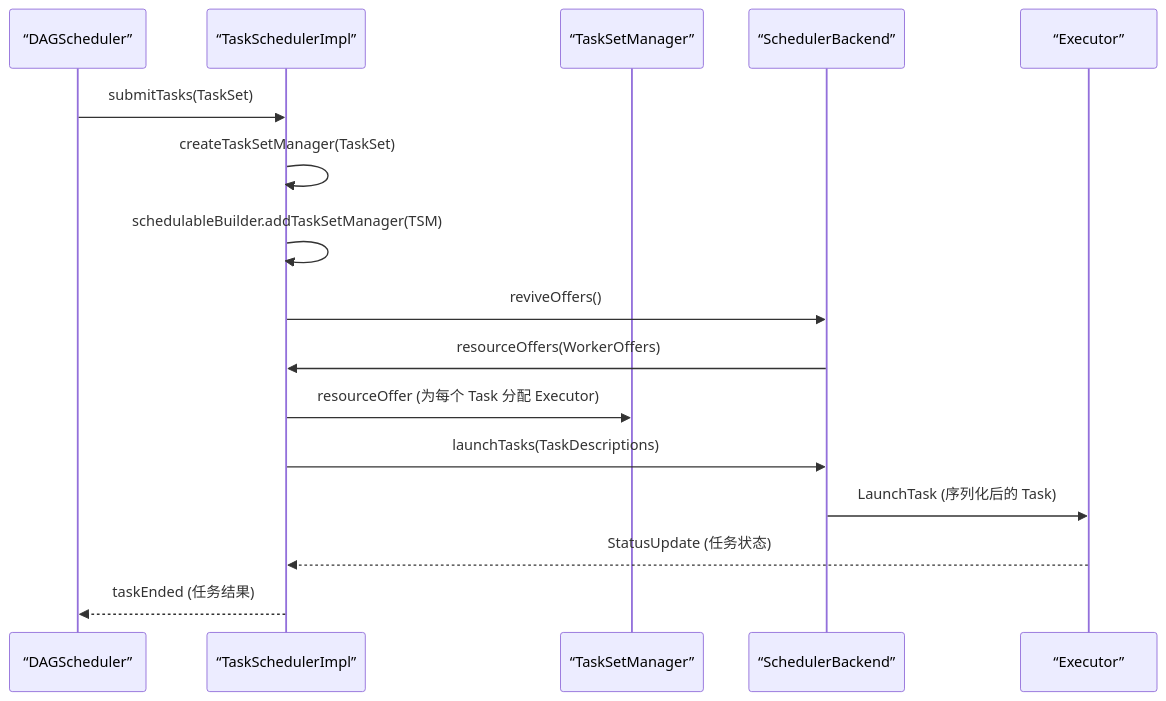
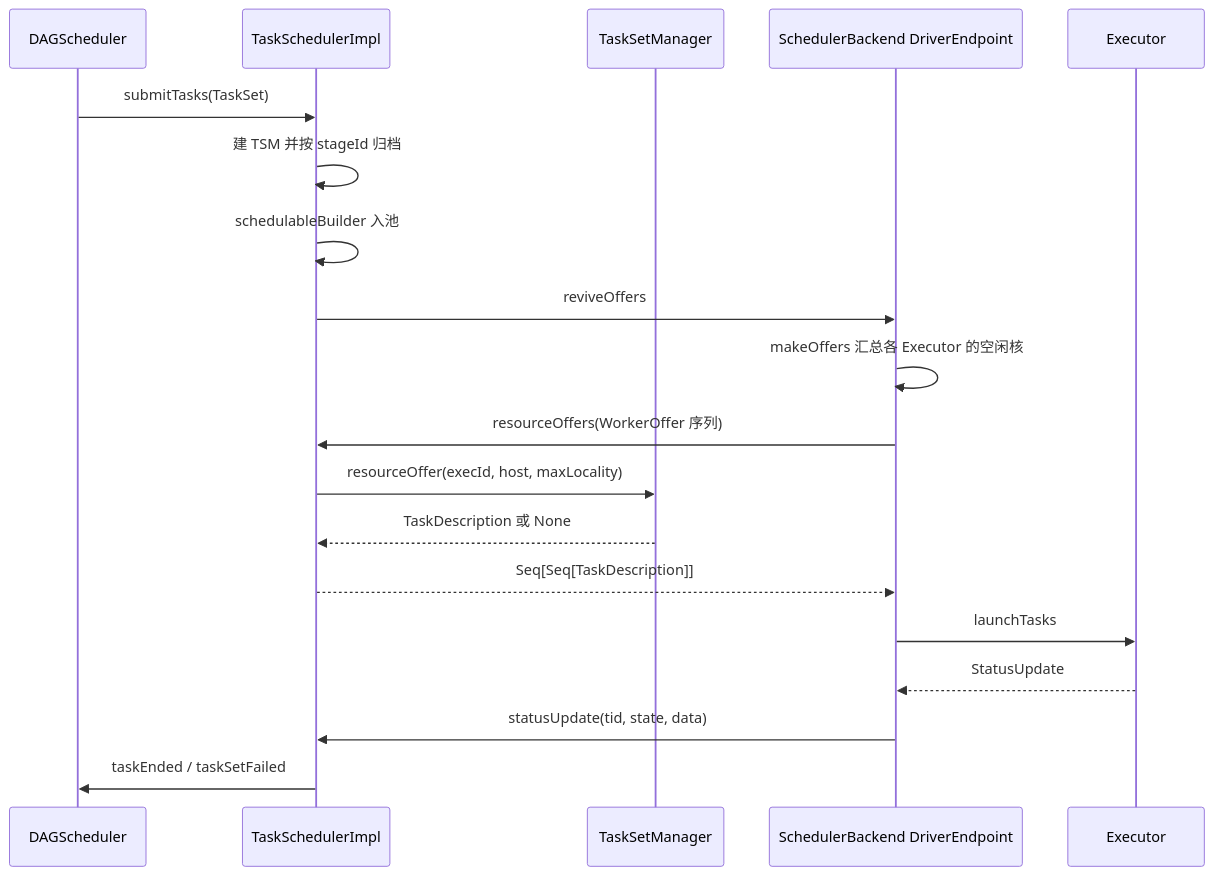
One commit to hpliStartAgain/my-brain changed the first of 5 diagrams in content/大数据/Spark/读书笔记-spark内核/03_调度与执行机制/6. Spark_TaskScheduler_深度解析.md. Above: the diagram before and after it, drawn with Mermaid. The commit also changed other lines of this file and 259 other files, not shown here.

````diff
--- a/content/大数据/Spark/读书笔记-spark内核/03_调度与执行机制/6. Spark_TaskScheduler_深度解析.md
+++ b/content/大数据/Spark/读书笔记-spark内核/03_调度与执行机制/6. Spark_TaskScheduler_深度解析.md
@@ -50,19 +112,22 @@
 ```mermaid
+%%{init: {'theme': 'dracula'}}%%
 sequenceDiagram
-    participant D as “DAGScheduler”
-    participant TSI as “TaskSchedulerImpl”
-    participant TSM as “TaskSetManager”
-    participant SB as “SchedulerBackend”
-    participant Exec as “Executor”
-
-    D->>TSI: submitTasks(TaskSet)
-    TSI->>TSI: createTaskSetManager(TaskSet)
-    TSI->>TSI: schedulableBuilder.addTaskSetManager(TSM)
-    TSI->>SB: reviveOffers()
-    SB->>TSI: resourceOffers(WorkerOffers)
-    TSI->>TSM: resourceOffer (为每个 Task 分配 Executor)
-    TSI->>SB: launchTasks(TaskDescriptions)
-    SB->>Exec: LaunchTask (序列化后的 Task)
-    Exec-->>TSI: StatusUpdate (任务状态)
-    TSI-->>D: taskEnded (任务结果)
+    participant D as DAGScheduler
+    participant TS as TaskSchedulerImpl
+    participant TSM as TaskSetManager
+    participant SB as SchedulerBackend DriverEndpoint
+    participant EX as Executor
+    D->>TS: submitTasks(TaskSet)
+    TS->>TS: 建 TSM 并按 stageId 归档
+    TS->>TS: schedulableBuilder 入池
+    TS->>SB: reviveOffers
+    SB->>SB: makeOffers 汇总各 Executor 的空闲核
+    SB->>TS: resourceOffers(WorkerOffer 序列)
+    TS->>TSM: resourceOffer(execId, host, maxLocality)
+    TSM-->>TS: TaskDescription 或 None
+    TS-->>SB: Seq[Seq[TaskDescription]]
+    SB->>EX: launchTasks
+    EX-->>SB: StatusUpdate
+    SB->>TS: statusUpdate(tid, state, data)
+    TS->>D: taskEnded / taskSetFailed
 ```
````
